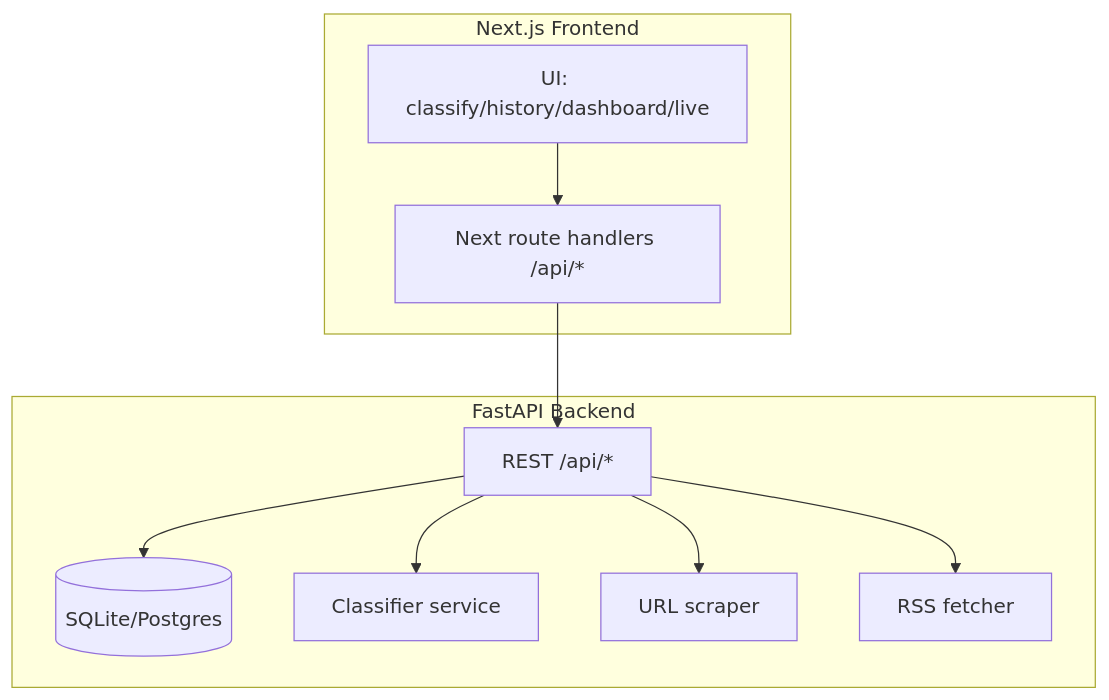
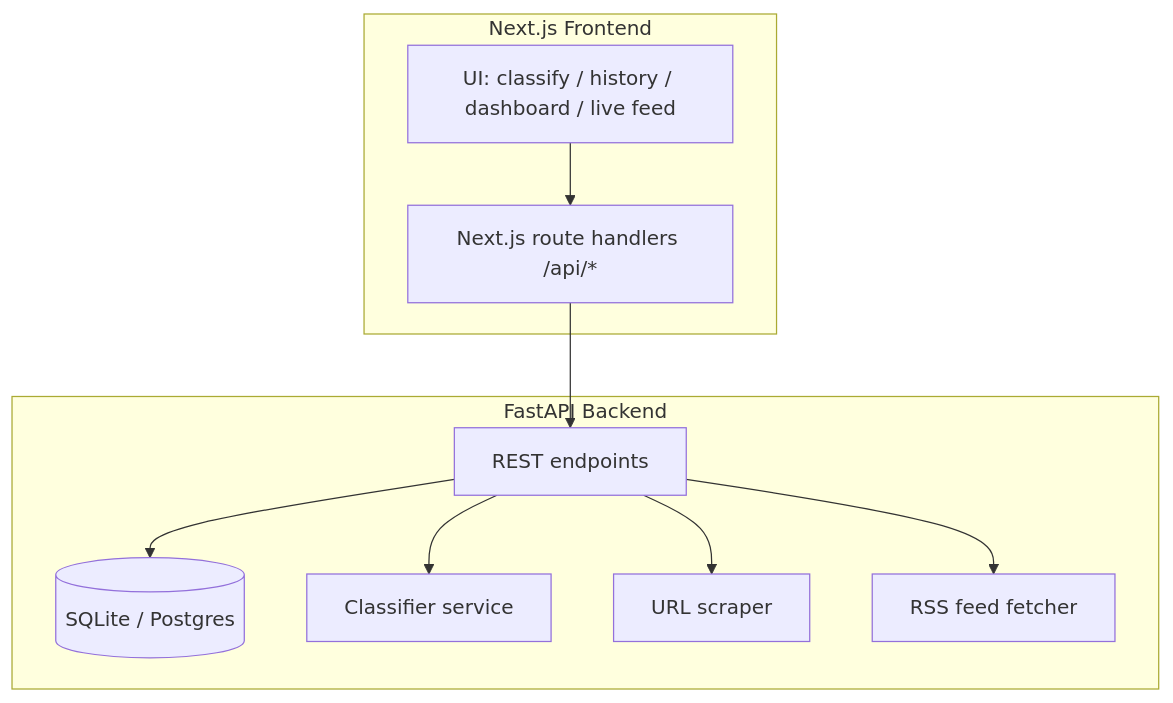
Before and after one commit to laggywiggl/CrisisClassifier: the diagram in README.md, drawn with Mermaid. The commit also changed other lines of this file and 4 other files, not shown here.

````diff
--- a/README.md
+++ b/README.md
@@ -12,22 +23,22 @@
 ```mermaid
 graph TB
   subgraph frontend [Next.js Frontend]
-    UI[UI: classify/history/dashboard/live]
-    NextAPI[Next route handlers /api/*]
+    UI[UI: classify / history / dashboard / live feed]
+    NextAPI[Next.js route handlers /api/*]
   end
 
   subgraph backend [FastAPI Backend]
-    Routes[REST /api/*]
-    DB[(SQLite/Postgres)]
+    Routes[REST endpoints]
+    DB[(SQLite / Postgres)]
     ClassifierSvc[Classifier service]
     Scraper[URL scraper]
-    RSS[RSS fetcher]
+    RSS[RSS feed fetcher]
   end
 
   UI --> NextAPI
   NextAPI --> Routes
   Routes --> DB
   Routes --> ClassifierSvc
   Routes --> Scraper
   Routes --> RSS
 ```
````
